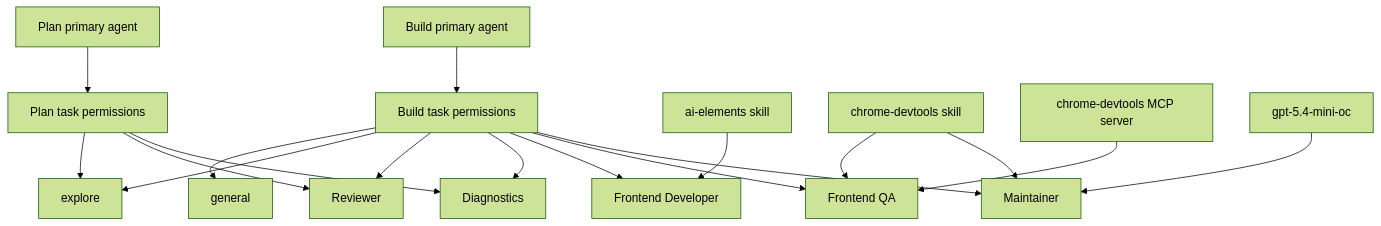
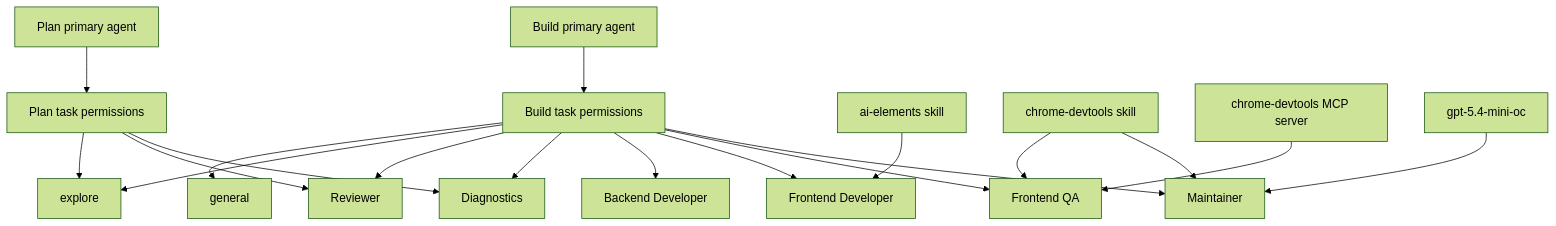
The diagram in docs/opencode-agents/README.md (AKahouli/Pyodide), drawn with Mermaid (forest theme) before and after one commit. The commit also changed other lines of this file and 21 other files, not shown here.

````diff
--- a/docs/opencode-agents/README.md
+++ b/docs/opencode-agents/README.md
@@ -28,20 +29,21 @@
 ```mermaid
 flowchart TD
     A[Build primary agent] --> B[Build task permissions]
     B --> C[general]
     B --> D[explore]
     B --> E[Reviewer]
     B --> F[Diagnostics]
-    B --> G[Frontend Developer]
-    B --> H[Frontend QA]
-    B --> I[Maintainer]
+    B --> G[Backend Developer]
+    B --> H[Frontend Developer]
+    B --> I[Frontend QA]
+    B --> J[Maintainer]
     P[Plan primary agent] --> Q[Plan task permissions]
     Q --> D
     Q --> E
     Q --> F
-    R[ai-elements skill] --> G
-    S[chrome-devtools skill] --> H
-    S --> I
-    T[chrome-devtools MCP server] --> H
-    U[gpt-5.4-mini-oc] --> I
+    R[ai-elements skill] --> H
+    S[chrome-devtools skill] --> I
+    S --> J
+    T[chrome-devtools MCP server] --> I
+    U[gpt-5.4-mini-oc] --> J
 ```
````
